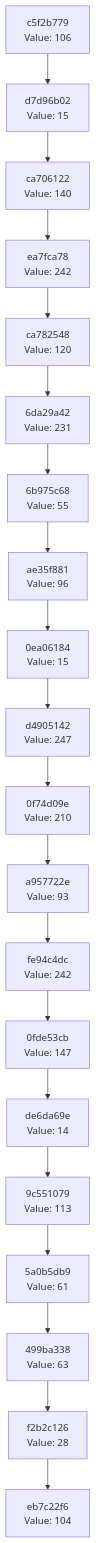
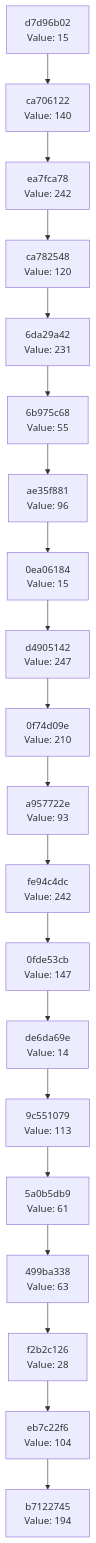
The diagram in docs/CHAIN_VISUALIZATION.md (Abhisheksinha1506/hash-chain-evolver), drawn with Mermaid before and after one commit. The commit also changed 2 other files, not shown here.

Commit message:
Evolution Step

````diff
--- a/docs/CHAIN_VISUALIZATION.md
+++ b/docs/CHAIN_VISUALIZATION.md
@@ -3,42 +3,42 @@
 ```mermaid
 graph TD
-    C0["eb7c22f6<br/>Value: 104"]
-    C1["f2b2c126<br/>Value: 28"]
+    C0["b7122745<br/>Value: 194"]
+    C1["eb7c22f6<br/>Value: 104"]
     C1 --> C0
-    C2["499ba338<br/>Value: 63"]
+    C2["f2b2c126<br/>Value: 28"]
     C2 --> C1
-    C3["5a0b5db9<br/>Value: 61"]
+    C3["499ba338<br/>Value: 63"]
     C3 --> C2
-    C4["9c551079<br/>Value: 113"]
+    C4["5a0b5db9<br/>Value: 61"]
     C4 --> C3
-    C5["de6da69e<br/>Value: 14"]
+    C5["9c551079<br/>Value: 113"]
     C5 --> C4
-    C6["0fde53cb<br/>Value: 147"]
+    C6["de6da69e<br/>Value: 14"]
     C6 --> C5
-    C7["fe94c4dc<br/>Value: 242"]
+    C7["0fde53cb<br/>Value: 147"]
     C7 --> C6
-    C8["a957722e<br/>Value: 93"]
+    C8["fe94c4dc<br/>Value: 242"]
     C8 --> C7
-    C9["0f74d09e<br/>Value: 210"]
+    C9["a957722e<br/>Value: 93"]
     C9 --> C8
-    C10["d4905142<br/>Value: 247"]
+    C10["0f74d09e<br/>Value: 210"]
     C10 --> C9
-    C11["0ea06184<br/>Value: 15"]
+    C11["d4905142<br/>Value: 247"]
     C11 --> C10
-    C12["ae35f881<br/>Value: 96"]
+    C12["0ea06184<br/>Value: 15"]
     C12 --> C11
-    C13["6b975c68<br/>Value: 55"]
+    C13["ae35f881<br/>Value: 96"]
     C13 --> C12
-    C14["6da29a42<br/>Value: 231"]
+    C14["6b975c68<br/>Value: 55"]
     C14 --> C13
-    C15["ca782548<br/>Value: 120"]
+    C15["6da29a42<br/>Value: 231"]
     C15 --> C14
-    C16["ea7fca78<br/>Value: 242"]
+    C16["ca782548<br/>Value: 120"]
     C16 --> C15
-    C17["ca706122<br/>Value: 140"]
+    C17["ea7fca78<br/>Value: 242"]
     C17 --> C16
-    C18["d7d96b02<br/>Value: 15"]
+    C18["ca706122<br/>Value: 140"]
     C18 --> C17
-    C19["c5f2b779<br/>Value: 106"]
+    C19["d7d96b02<br/>Value: 15"]
     C19 --> C18
 ```
````
